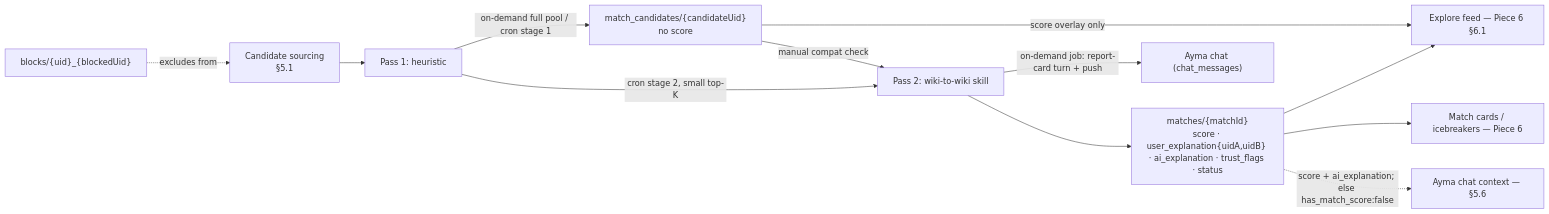
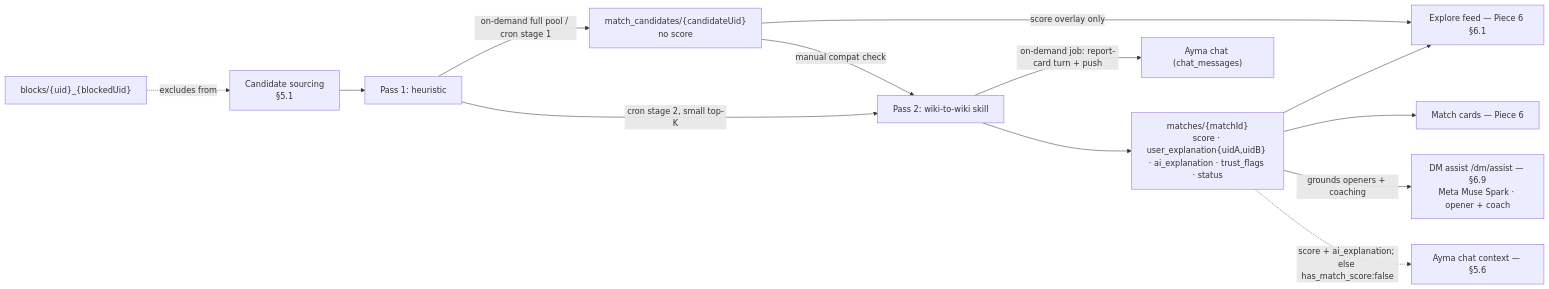
One commit to suhailps93/ayma-v2 changed the seventh of 7 diagrams in docs/ARCHITECTURE.md. Above: the diagram before and after it, drawn with Mermaid. The commit also changed other lines of this file and 13 other files, not shown here.

````diff
--- a/docs/ARCHITECTURE.md
+++ b/docs/ARCHITECTURE.md
@@ -660,16 +663,17 @@
 ```mermaid
 flowchart LR
   Src[Candidate sourcing<br/>§5.1] --> P1[Pass 1: heuristic]
   P1 -->|on-demand full pool / cron stage 1| Cand["match_candidates/{candidateUid}<br/>no score"]
   Cand -->|score overlay only| Explore[Explore feed — Piece 6 §6.1]
 
   Cand -->|manual compat check| P2[Pass 2: wiki-to-wiki skill]
   P1 -->|cron stage 2, small top-K| P2
   P2 --> Match["matches/{matchId}<br/>score · user_explanation{uidA,uidB} · ai_explanation · trust_flags · status"]
   Match --> Explore
-  Match --> Cards[Match cards / icebreakers — Piece 6]
+  Match --> Cards[Match cards — Piece 6]
+  Match -->|grounds openers + coaching| DMA["DM assist /dm/assist — §6.9<br/>Meta Muse Spark · opener + coach"]
   Match -.->|score + ai_explanation; else has_match_score:false| Ayma[Ayma chat context — §5.6]
   P2 -->|on-demand job: report-card turn + push| Chat["Ayma chat (chat_messages)"]
 
   Block["blocks/{uid}_{blockedUid}"] -.->|excludes from| Src
 ```
````
